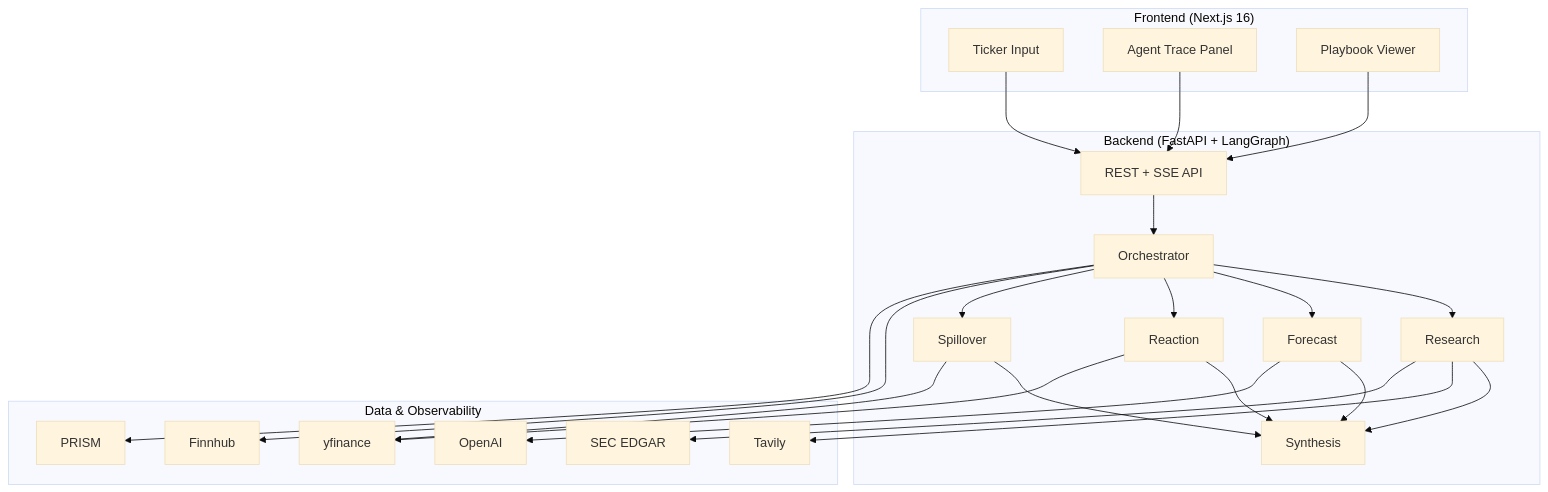
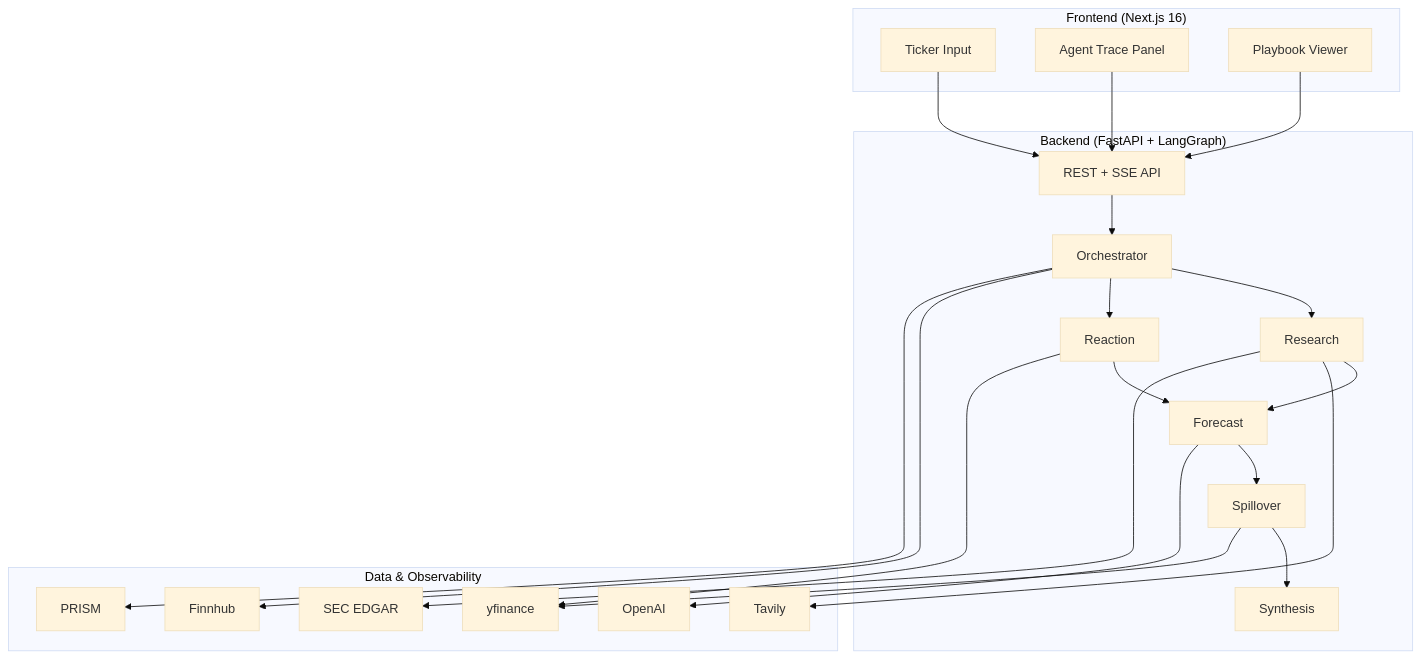
One commit to omkargadute/EarningsPulse changed the diagram in README.md. Above: the diagram before and after it, drawn with Mermaid (base theme). The commit also changed other lines of this file and 13 other files, not shown here.

Commit message:
Remove unused provider state and unblock async data flows

````diff
--- a/README.md
+++ b/README.md
@@ -23,38 +23,39 @@
 ```mermaid
 flowchart TB
   subgraph Frontend["Frontend (Next.js 16)"]
     Input[Ticker Input]
     Trace[Agent Trace Panel]
     Viewer[Playbook Viewer]
   end
 
   subgraph Backend["Backend (FastAPI + LangGraph)"]
     API[REST + SSE API]
     Orch[Orchestrator]
     R[Research]
     F[Forecast]
     Rx[Reaction]
     S[Spillover]
     Syn[Synthesis]
   end
 
   subgraph External["Data & Observability"]
     Tavily[Tavily]
     YF[yfinance]
     FH[Finnhub]
     EDGAR[SEC EDGAR]
     OAI[OpenAI]
     PRISM[PRISM]
   end
 
   Input --> API
   Trace --> API
   Viewer --> API
   API --> Orch
-  Orch --> R & F & Rx & S --> Syn
+  Orch --> R & Rx
+  R & Rx --> F --> S --> Syn
   R --> Tavily & EDGAR
   F --> OAI
   Rx & S --> YF
   Orch --> FH
   Orch --> PRISM
 ```
````
